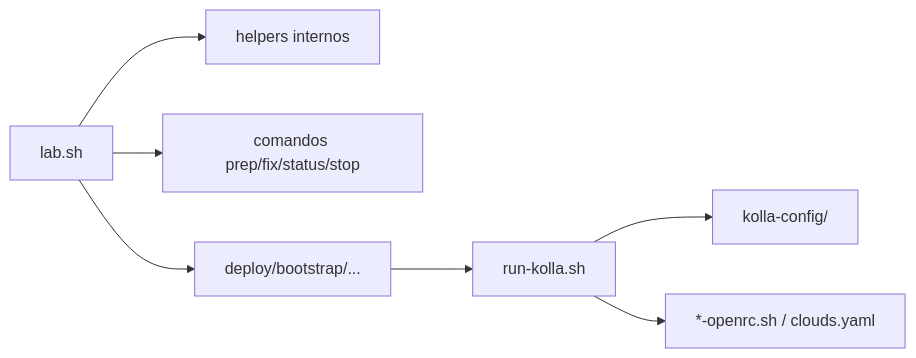
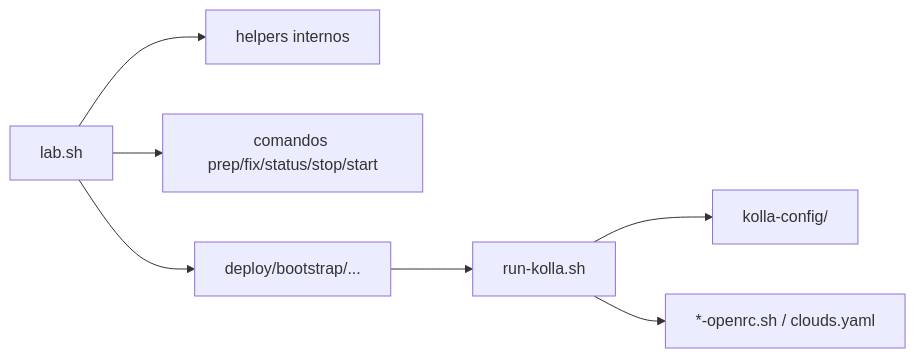
Before and after one commit to klsio22/larcerto-cloud: the diagram in docs/README.md, drawn with Mermaid. The commit also changed other lines of this file and 4 other files, not shown here.

Commit message:
Update lab.sh and documentation to include 'start' command for resuming services

````diff
--- a/docs/README.md
+++ b/docs/README.md
@@ -17,9 +17,9 @@
 ```mermaid
 flowchart LR
   labSh["lab.sh"] --> helpers["helpers internos"]
-  labSh --> cmds["comandos prep/fix/status/stop"]
+  labSh --> cmds["comandos prep/fix/status/stop/start"]
   labSh --> kollaFwd["deploy/bootstrap/..."]
   kollaFwd --> runKolla["run-kolla.sh"]
   runKolla --> kollaCfg["kolla-config/"]
   runKolla --> openrc["*-openrc.sh / clouds.yaml"]
 ```
````
